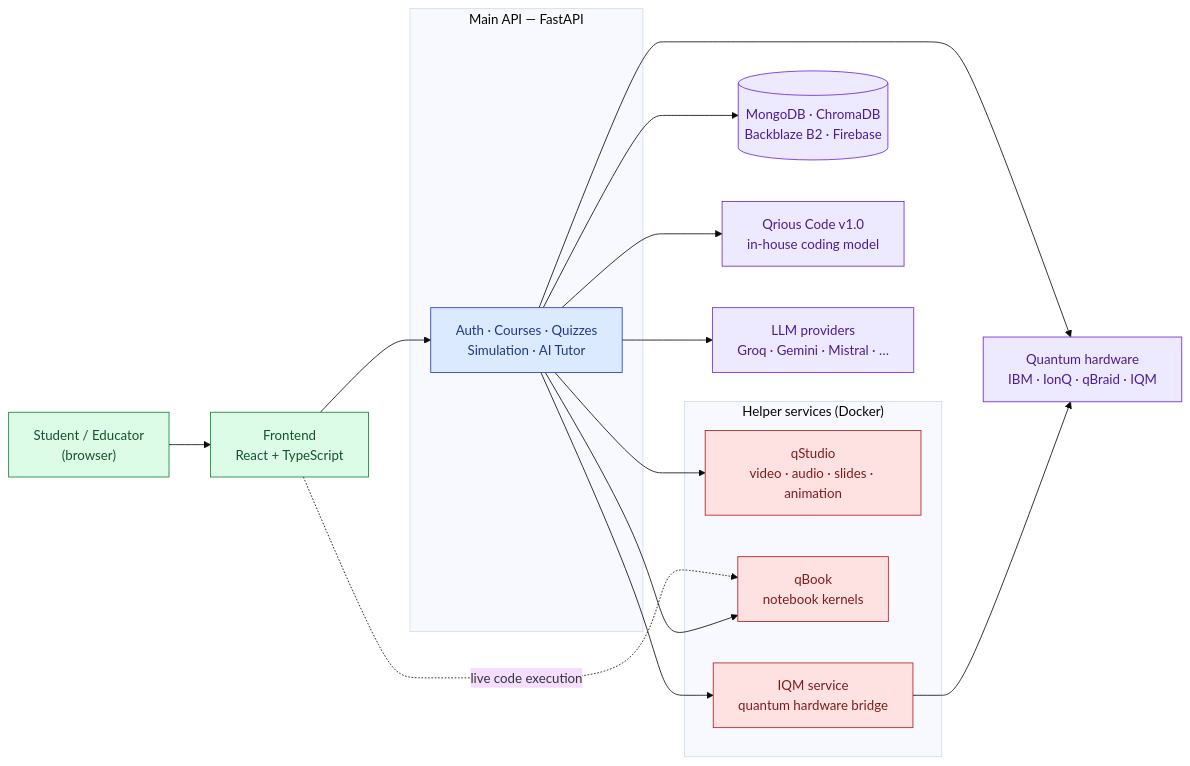
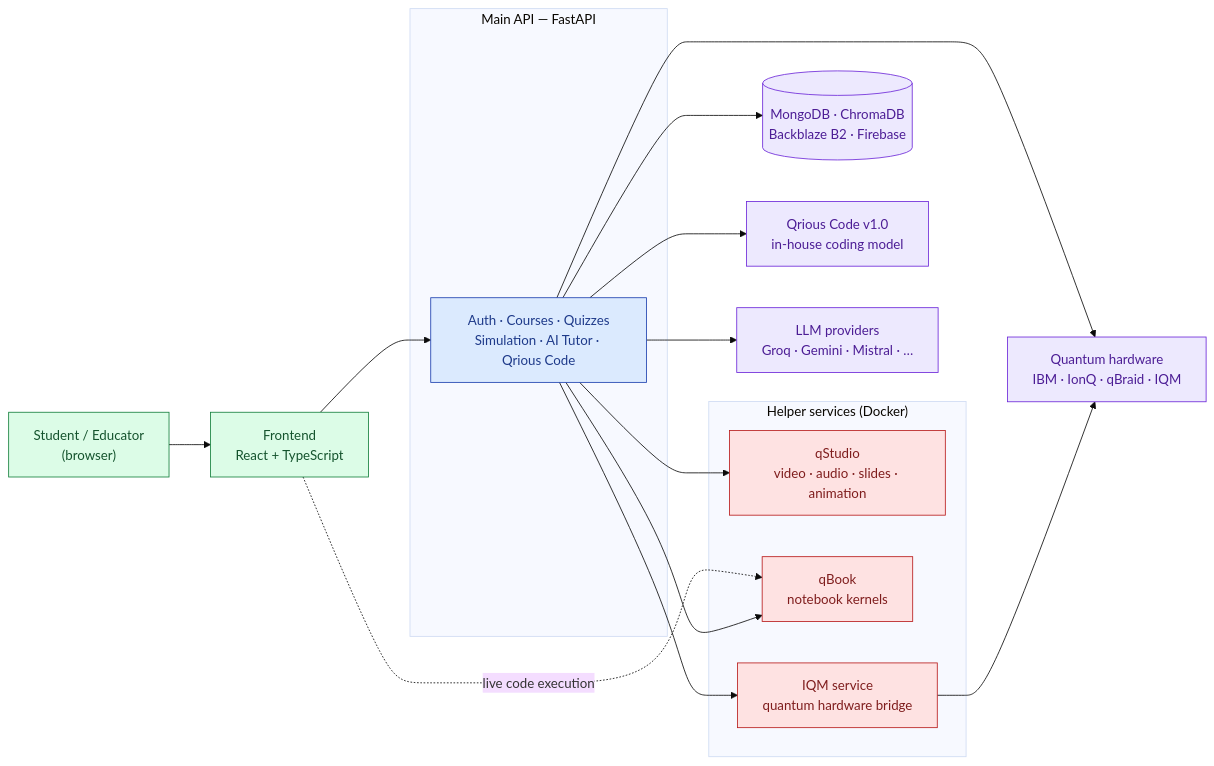
One commit to sarvan-2187/sih changed the first of 7 diagrams in README.md. Above: the diagram before and after it, drawn with Mermaid (base theme). The commit also changed other lines of this file and 1 other file, not shown here.

````diff
--- a/README.md
+++ b/README.md
@@ -61,34 +61,34 @@
 ```mermaid
 flowchart LR
     classDef user fill:#dcfce7,stroke:#15803d,color:#14532d
     classDef core fill:#dbeafe,stroke:#1e40af,color:#1e3a8a
     classDef svc fill:#fee2e2,stroke:#b91c1c,color:#7f1d1d
     classDef ext fill:#ede9fe,stroke:#6d28d9,color:#4c1d95
 
     U["Student / Educator<br/>(browser)"]:::user
     FE["Frontend<br/>React + TypeScript"]:::user
 
     subgraph BE["Main API — FastAPI"]
-        API["Auth · Courses · Quizzes<br/>Simulation · AI Tutor"]:::core
+        API["Auth · Courses · Quizzes<br/>Simulation · AI Tutor · Qrious Code"]:::core
     end
 
     subgraph MS["Helper services (Docker)"]
         QS["qStudio<br/>video · audio · slides · animation"]:::svc
         NB["qBook<br/>notebook kernels"]:::svc
         IQ["IQM service<br/>quantum hardware bridge"]:::svc
     end
 
     DATA[("MongoDB · ChromaDB<br/>Backblaze B2 · Firebase")]:::ext
     QCM["Qrious Code v1.0<br/>in-house coding model"]:::ext
     AI["LLM providers<br/>Groq · Gemini · Mistral · …"]:::ext
     QPU["Quantum hardware<br/>IBM · IonQ · qBraid · IQM"]:::ext
 
     U --> FE --> API
     FE -. "live code execution" .-> NB
     API --> QS & NB & IQ
     API --> DATA
     API --> QCM
     API --> AI
     API --> QPU
     IQ --> QPU
 ```
````
